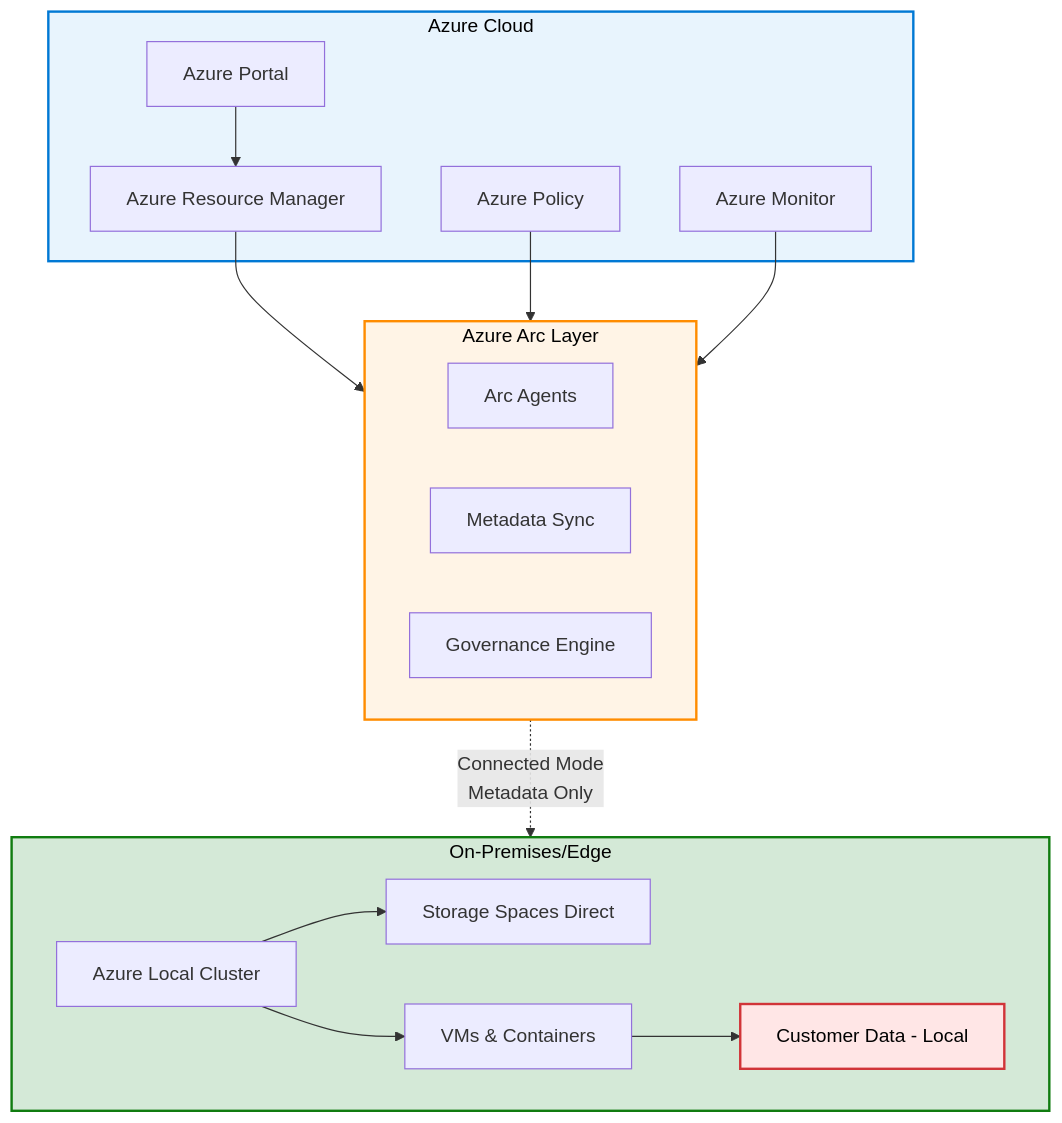
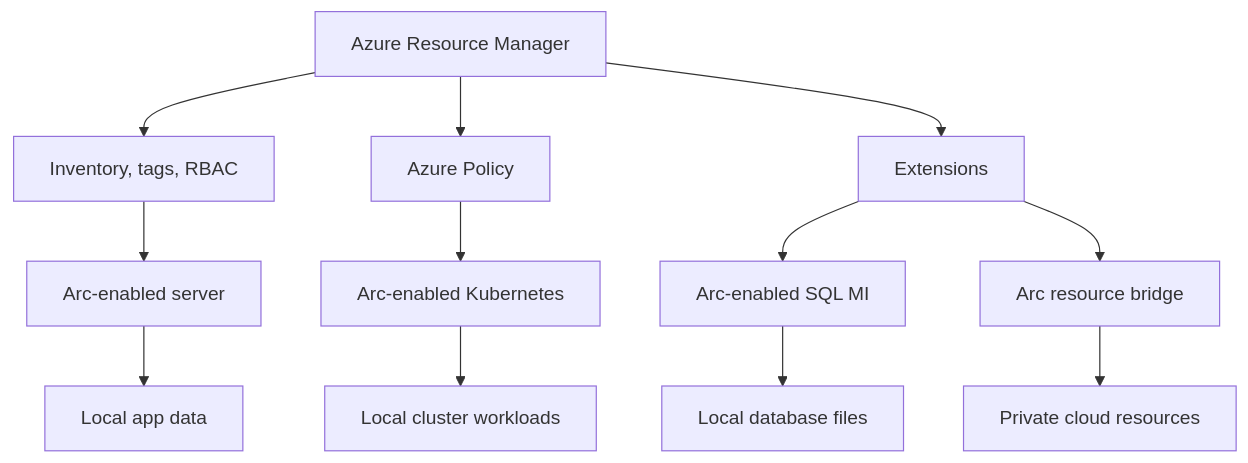
Before and after one commit to jonathan-vella/microsoft-sovereign-cloud-brain-trek: the diagram in site/src/content/docs/level-100/module-04-azure-arc/azure-arc-intro.mdx, drawn with Mermaid. The commit also changed other lines of this file and 5 other files, not shown here.

First line of the commit message:
Rebuild L100 module 4: Azure Arc

````diff
--- a/site/src/content/docs/level-100/module-04-azure-arc/azure-arc-intro.mdx
+++ b/site/src/content/docs/level-100/module-04-azure-arc/azure-arc-intro.mdx
@@ -217,38 +29,14 @@
 ```mermaid
 graph TB
-    subgraph Cloud[Azure Cloud]
-        Portal[Azure Portal]
-        ARM[Azure Resource Manager]
-        Policy[Azure Policy]
-        Monitor[Azure Monitor]
-    end
-
-    subgraph Arc[Azure Arc Layer]
-        ArcAgent[Arc Agents]
-        Metadata[Metadata Sync]
-        Governance[Governance Engine]
-    end
-
-    subgraph OnPremEdge[On-Premises/Edge]
-        AzLocal[Azure Local Cluster]
-        Storage[Storage Spaces Direct]
-        Workloads[VMs & Containers]
-        Data[Customer Data - Local]
-    end
-
-    Portal --> ARM
-    ARM --> Arc
-    Policy --> Arc
-    Monitor --> Arc
-
-    Arc -.->|Connected Mode<br/>Metadata Only| OnPremEdge
-
-    AzLocal --> Storage
-    AzLocal --> Workloads
-    Workloads --> Data
-
-    style Cloud fill:#E8F4FD,stroke:#0078D4,stroke-width:2px,color:#000
-    style Arc fill:#FFF4E6,stroke:#FF8C00,stroke-width:2px,color:#000
-    style OnPremEdge fill:#D4E9D7,stroke:#107C10,stroke-width:2px,color:#000
-    style Data fill:#FFE6E6,stroke:#D13438,stroke-width:2px,color:#000
+  Azure[Azure Resource Manager] --> Inventory[Inventory, tags, RBAC]
+  Azure --> Policy[Azure Policy]
+  Azure --> Extensions[Extensions]
+  Inventory --> Server[Arc-enabled server]
+  Policy --> K8s[Arc-enabled Kubernetes]
+  Extensions --> SQL[Arc-enabled SQL MI]
+  Extensions --> Bridge[Arc resource bridge]
+  Server --> Data1[Local app data]
+  K8s --> Data2[Local cluster workloads]
+  SQL --> Data3[Local database files]
+  Bridge --> Data4[Private cloud resources]
 ```
````
